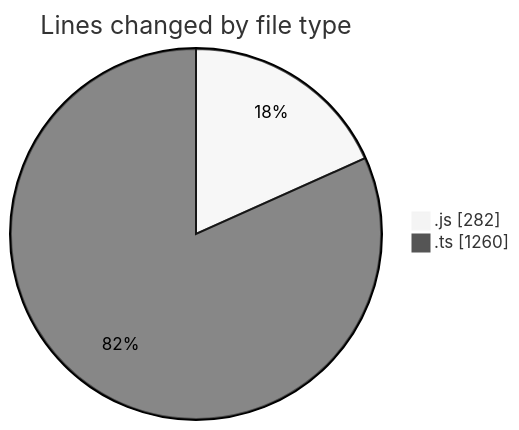
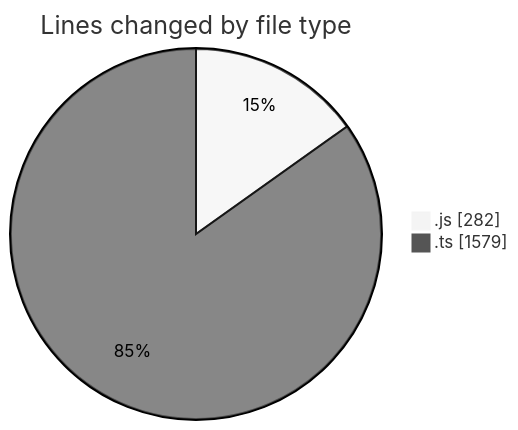
Before and after one commit to momahboobian/code-tracking: the first of 2 diagrams in 2025-05-29/cda/README.md, drawn with Mermaid (neutral theme). The commit also changed other lines of this file and 1 other file, not shown here.

````diff
--- a/2025-05-29/cda/README.md
+++ b/2025-05-29/cda/README.md
@@ -22,6 +22,6 @@
 ```mermaid
 pie showData
 title Lines changed by file type
 ".js" : 282
-".ts" : 1260
+".ts" : 1579
 ```
````
